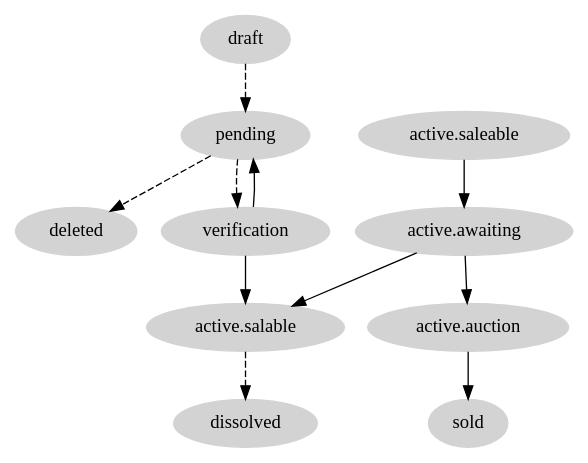
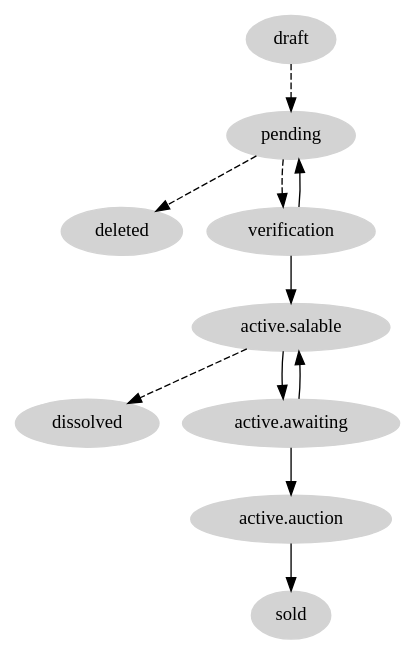
Before and after one commit to openprocurement/openregistry.lots.basic: the diagram in docs/source/lotsWorkflow.rst, drawn with Graphviz.

Commit message:
Correct diagram

```diff
--- a/docs/source/lotsWorkflow.rst
+++ b/docs/source/lotsWorkflow.rst
@@ -6,25 +6,25 @@
 .. graphviz::
 
     digraph G {
             node [style=filled, color=lightgrey];
             edge[style=dashed];
             "draft" -> "pending";
             edge[style=dashed]
             "pending" -> "deleted";
             edge[style=dashed];
             "pending" -> "verification";
             edge[style=solid];
             "verification" -> "pending";
             edge[style=solid];
             "verification" -> "active.salable";
             edge[style=dashed];
             "active.salable" -> "dissolved";
             edge[style=solid];
-            "active.saleable" -> "active.awaiting";
+            "active.salable" -> "active.awaiting";
             edge[style=solid];
             "active.awaiting" -> "active.salable";
             edge[style=solid];
             "active.awaiting" -> "active.auction";
             edge[style=solid];
             "active.auction" -> "sold";
     }
```
